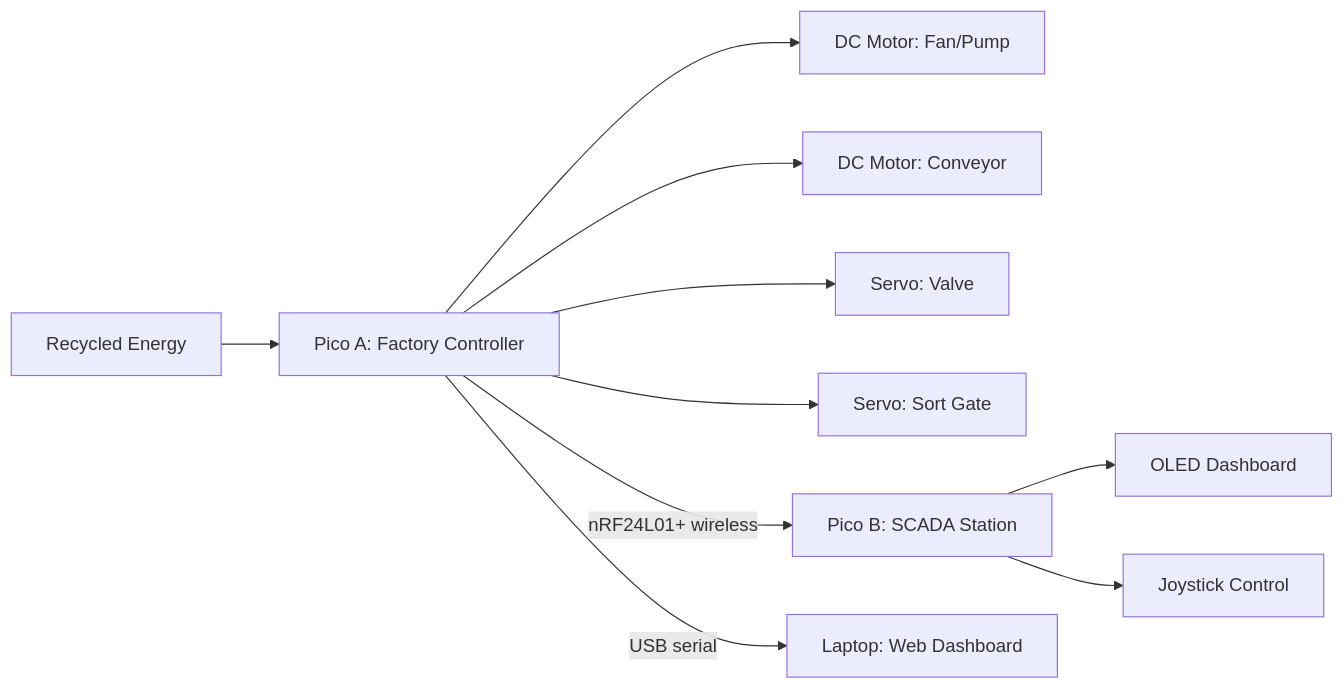
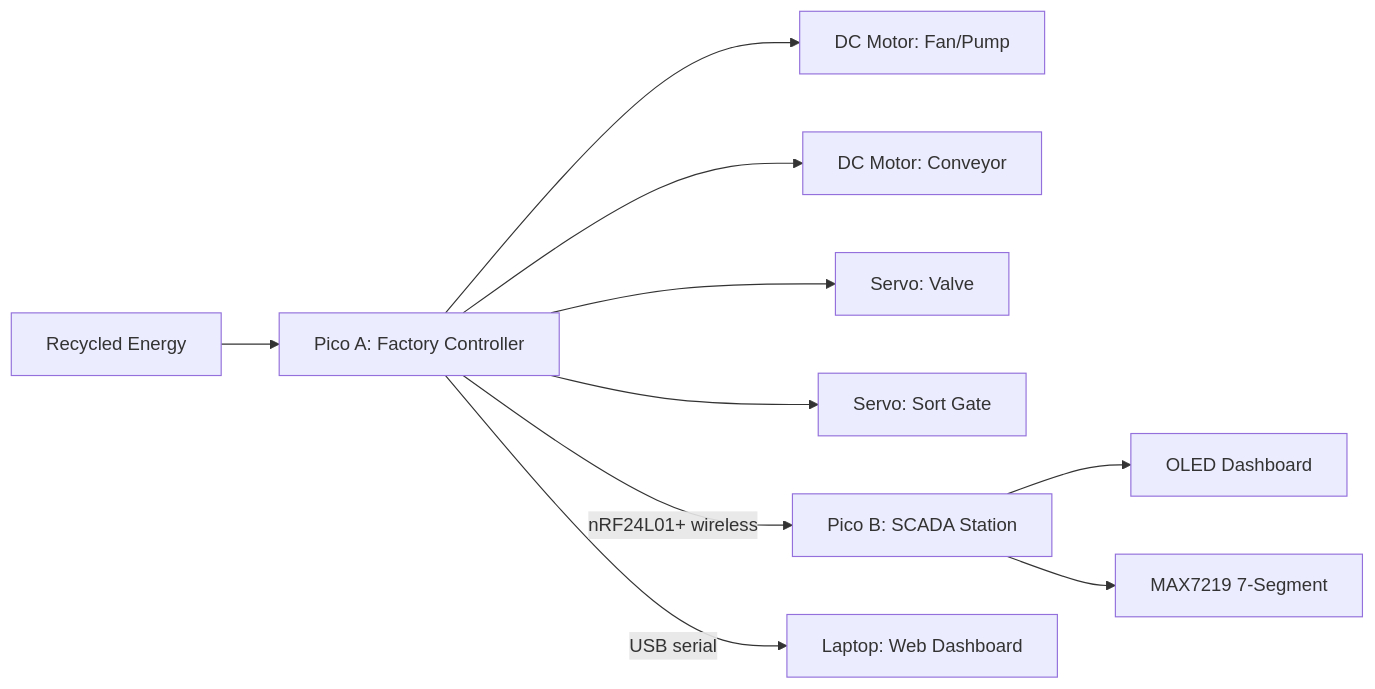
The diagram in README.md (doyun-gu/hack-a-bot-2026), drawn with Mermaid before and after one commit. The commit also changed other lines of this file and 11 other files, not shown here.

````diff
--- a/README.md
+++ b/README.md
@@ -34,12 +34,12 @@
 ```mermaid
 graph LR
     ENERGY[Recycled Energy] --> PICO_A[Pico A: Factory Controller]
     PICO_A --> M1[DC Motor: Fan/Pump]
     PICO_A --> M2[DC Motor: Conveyor]
     PICO_A --> S1[Servo: Valve]
     PICO_A --> S2[Servo: Sort Gate]
     PICO_A -->|"nRF24L01+ wireless"| PICO_B[Pico B: SCADA Station]
     PICO_B --> OLED[OLED Dashboard]
-    PICO_B --> JOY[Joystick Control]
+    PICO_B --> SEG[MAX7219 7-Segment]
     PICO_A -->|"USB serial"| WEB[Laptop: Web Dashboard]
 ```
````
